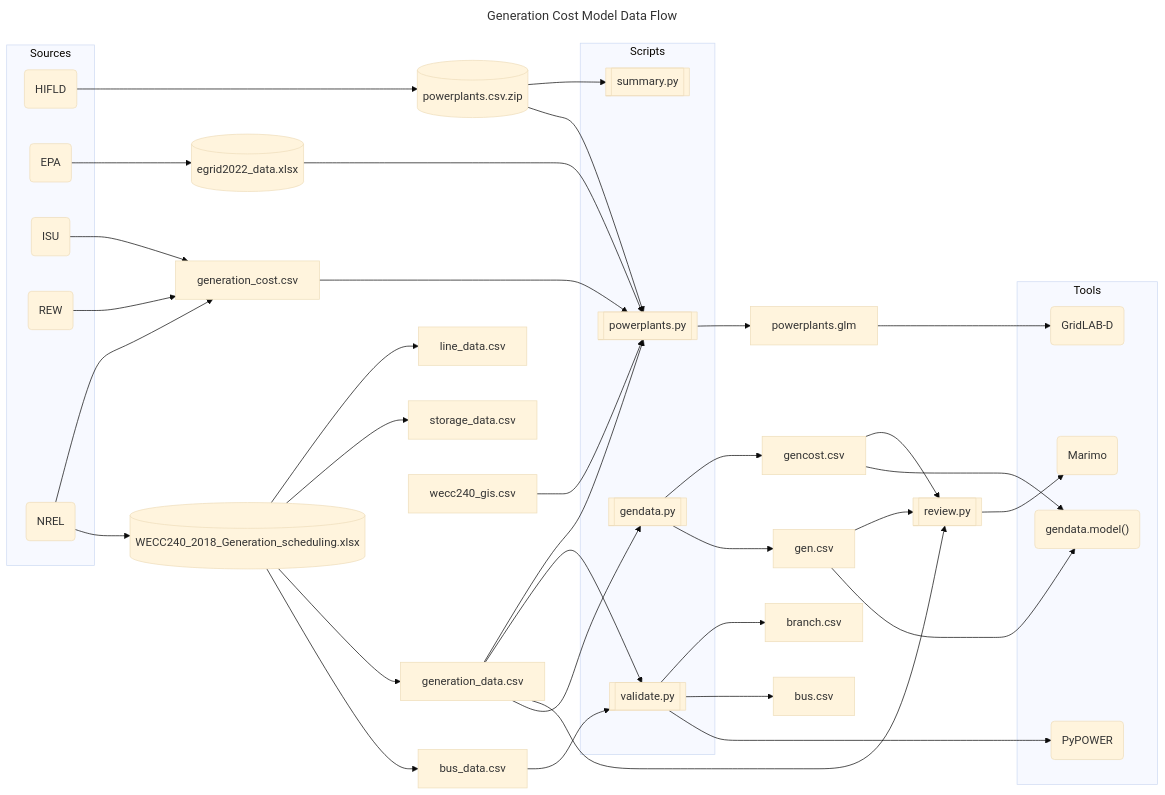
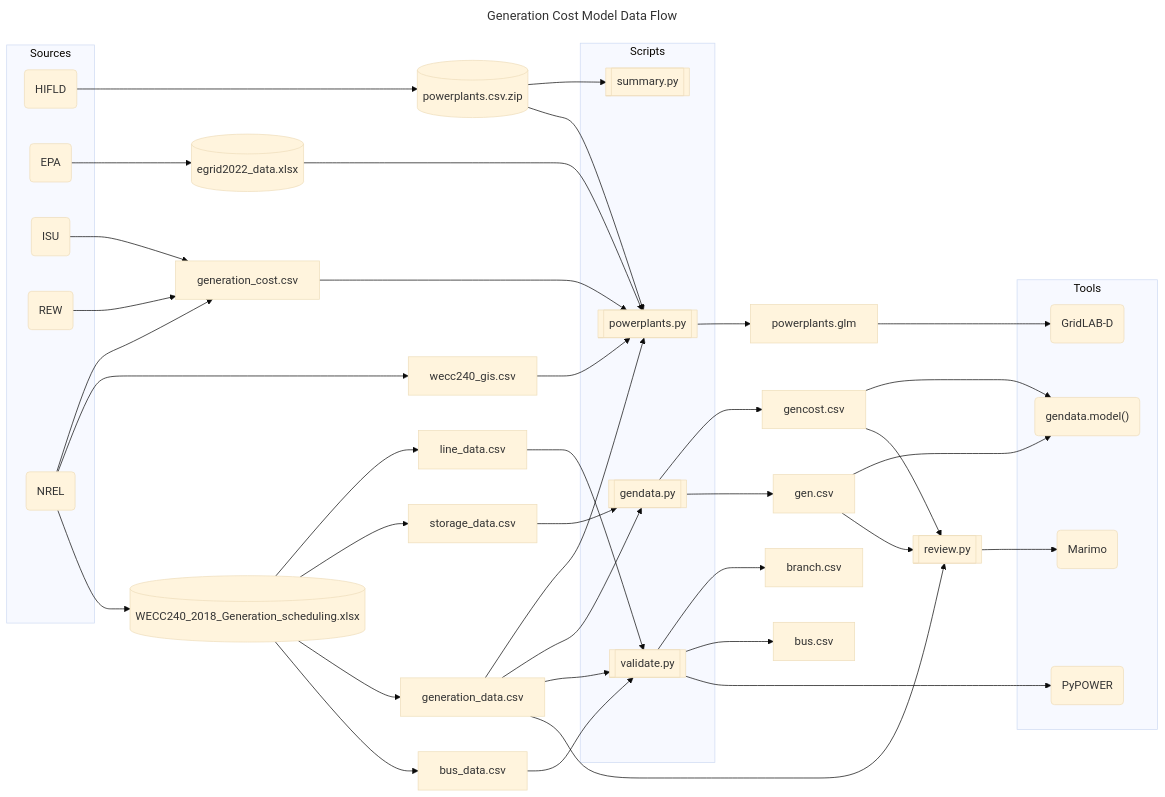
The diagram in generation_modeling/README.md (slacgismo/regrow), drawn with Mermaid (base theme) before and after one commit.

````diff
--- a/generation_modeling/README.md
+++ b/generation_modeling/README.md
@@ -64,66 +64,69 @@
 ```mermaid
 ---
 title: Generation Cost Model Data Flow
 ---
 flowchart LR
     bus_data.csv --> validate.py
-    gen.csv --> gendata.model
-    gen.csv --> review.py
-    gencost.csv --> gendata.model
-    gencost.csv --> review.py
     gendata.py --> gen.csv
     gendata.py --> gencost.csv
+    gen.csv --> review.py
+    gen.csv --> gendata.model
+    gencost.csv --> review.py
+    gencost.csv --> gendata.model
     generation_cost.csv --> powerplants.py
-    generation_data.csv --> gendata.py
     generation_data.csv --> review.py
     generation_data.csv --> validate.py
+    generation_data.csv --> gendata.py
     generation_data.csv --> powerplants.py
     powerplants.csv.zip --> powerplants.py
     powerplants.csv.zip --> summary.py
     powerplants.py --> powerplants.glm
+    storage_data.csv --> gendata.py
     WECC240_2018_Generation_scheduling.xlsx --> bus_data.csv
     WECC240_2018_Generation_scheduling.xlsx --> generation_data.csv
     WECC240_2018_Generation_scheduling.xlsx --> storage_data.csv
     WECC240_2018_Generation_scheduling.xlsx --> line_data.csv
     egrid2022_data.xlsx --> powerplants.py
     wecc240_gis.csv --> powerplants.py
     HIFLD --> powerplants.csv.zip
     EPA --> egrid2022_data.xlsx
     ISU --> generation_cost.csv
     REW --> generation_cost.csv
     NREL --> WECC240_2018_Generation_scheduling.xlsx
+    NREL --> wecc240_gis.csv
     NREL --> generation_cost.csv
+    line_data.csv --> validate.py
     validate.py --> pypower
     validate.py --> bus.csv
     validate.py --> branch.csv
     powerplants.glm --> gridlabd
     review.py --> marimo
 
     gendata.py[[gendata.py]]
     review.py[[review.py]]
     powerplants.py[[powerplants.py]]
     validate.py[[validate.py]]
     summary.py[[summary.py]]
     WECC240_2018_Generation_scheduling.xlsx[(WECC240_2018_Generation_scheduling.xlsx)]
     egrid2022_data.xlsx[(egrid2022_data.xlsx)]
     powerplants.csv.zip[(powerplants.csv.zip)]
     subgraph Sources
         NREL(NREL)
         HIFLD(HIFLD)
         EPA(EPA)
         ISU(ISU)
         REW(REW)
     end
     subgraph Tools
         pypower(PyPOWER)
-        marimo(Marimo)
         gridlabd(GridLAB-D)
         gendata.model("gendata.model()")
+        marimo(Marimo)
     end
     subgraph Scripts
         validate.py
         powerplants.py
         gendata.py
         summary.py
     end
 ```
````
